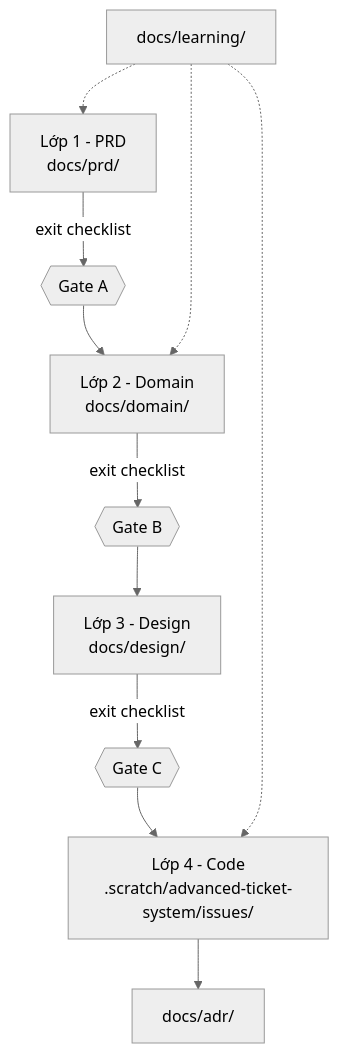
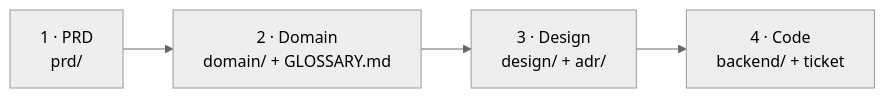
Before and after one commit to HoangDucHiep/advanced-ticket-system: the diagram in docs/README.md, drawn with Mermaid (neutral theme). The commit also changed other lines of this file and 50 other files, not shown here.

````diff
--- a/docs/README.md
+++ b/docs/README.md
@@ -16,13 +11,6 @@
 ```mermaid
-flowchart TD
-    prd["Lớp 1 - PRD<br/>docs/prd/"] -->|"exit checklist"| gA{{"Gate A"}}
-    gA --> domain["Lớp 2 - Domain<br/>docs/domain/"]
-    domain -->|"exit checklist"| gB{{"Gate B"}}
-    gB --> design["Lớp 3 - Design<br/>docs/design/"]
-    design -->|"exit checklist"| gC{{"Gate C"}}
-    gC --> impl["Lớp 4 - Code<br/>.scratch/advanced-ticket-system/issues/"]
-    impl --> adr["docs/adr/"]
-    learning["docs/learning/"] -.-> prd
-    learning -.-> domain
-    learning -.-> impl
+flowchart LR
+    prd["1 · PRD<br/>prd/"] --> domain["2 · Domain<br/>domain/ + GLOSSARY.md"]
+    domain --> design["3 · Design<br/>design/ + adr/"]
+    design --> code["4 · Code<br/>backend/ + ticket"]
 ```
````
